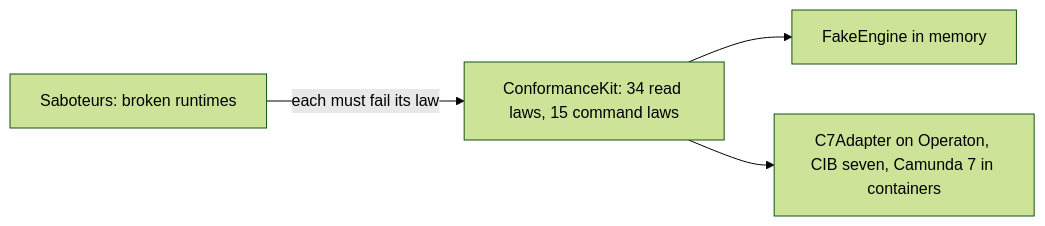
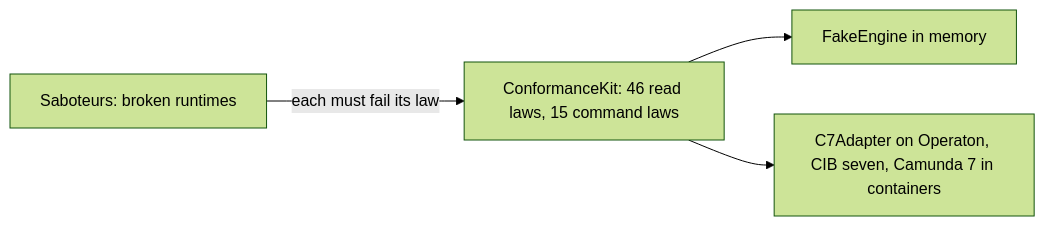
The diagram in apps/vscode/docs/adr/runtime-contract.md (Miragon/pulse), drawn with Mermaid (forest theme) before and after one commit. The commit also changed other lines of this file and 63 other files, not shown here.

````diff
--- a/apps/vscode/docs/adr/runtime-contract.md
+++ b/apps/vscode/docs/adr/runtime-contract.md
@@ -152,7 +168,7 @@
 ```mermaid
 flowchart LR
-  kit[ConformanceKit: 34 read laws, 15 command laws]
+  kit[ConformanceKit: 46 read laws, 15 command laws]
   kit --> fake[FakeEngine in memory]
   kit --> c7[C7Adapter on Operaton, CIB seven, Camunda 7 in containers]
   saboteurs[Saboteurs: broken runtimes] -- each must fail its law --> kit
 ```
````
